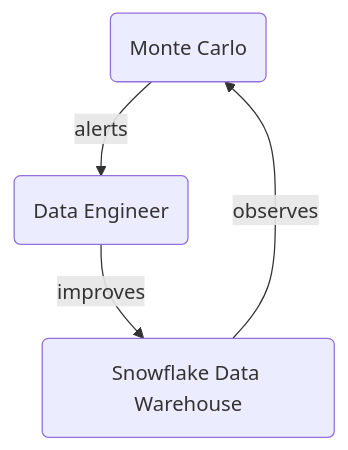
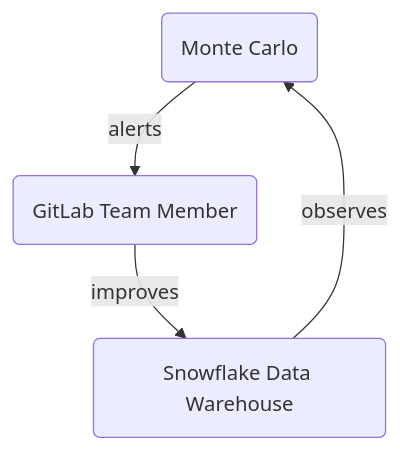
One commit to spicysoft/jp-www-gitlab-com changed the diagram in sites/handbook/source/handbook/business-technology/data-team/platform/monte-carlo/index.html.md. Above: the diagram before and after it, drawn with Mermaid. The commit also changed other lines of this file and 2 other files, not shown here.

Commit message:
Update MC handbook entry to explicitly add information on new data tests

````diff
--- a/sites/handbook/source/handbook/business-technology/data-team/platform/monte-carlo/index.html.md
+++ b/sites/handbook/source/handbook/business-technology/data-team/platform/monte-carlo/index.html.md
@@ -30,11 +32,11 @@
 ```mermaid
 graph TD
 
 mc(Monte Carlo)
 sf(Snowflake Data Warehouse)
-de(Data Engineer)
+de(GitLab Team Member)
 
 mc --> |alerts| de
 de --> |improves| sf
 sf --> |observes|mc
 ```
````
